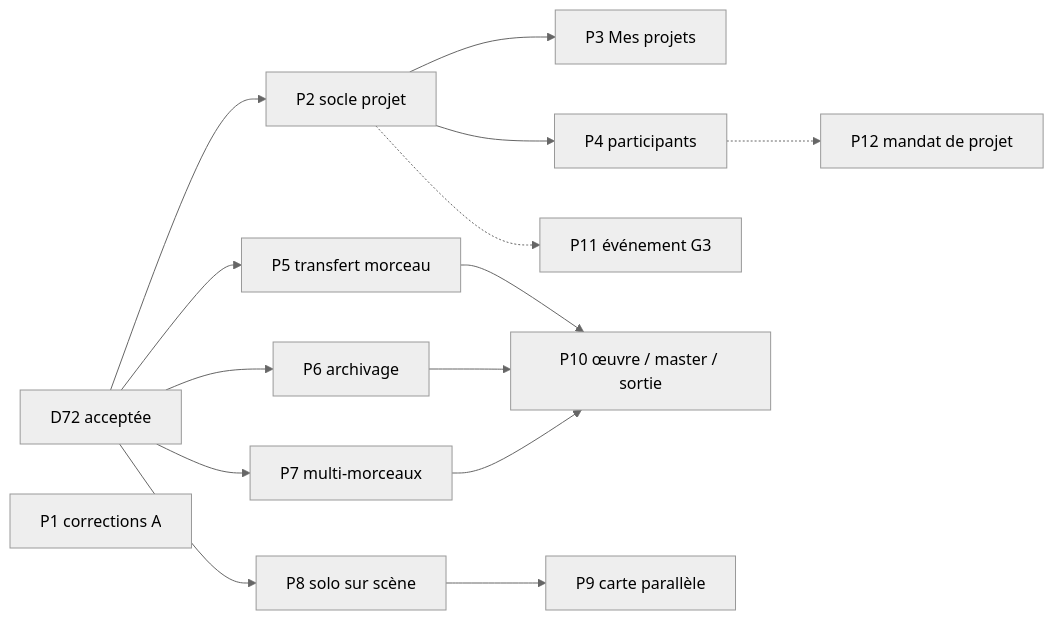
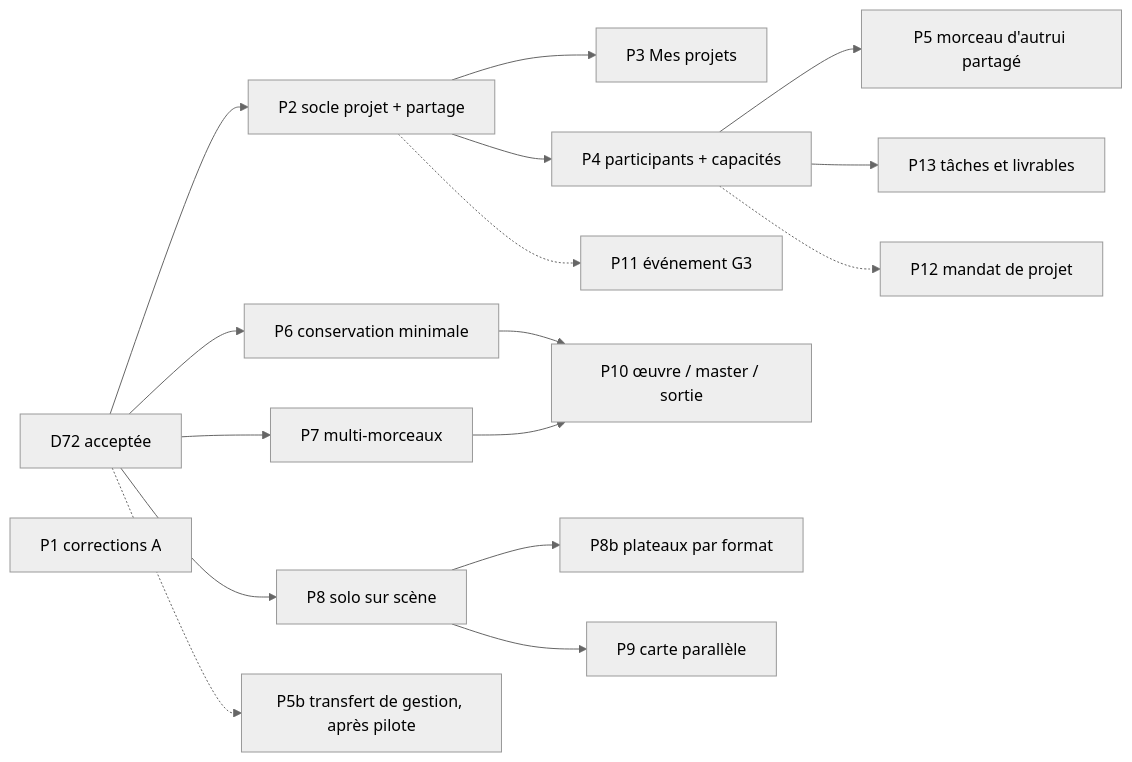
The second of 2 diagrams in docs/conception/19-architecture-cible-collab.md (Pierre-FABIEN/linkmusician), drawn with Mermaid (neutral theme) before and after one commit. The commit also changed other lines of this file and 7 other files, not shown here.

````diff
--- a/docs/conception/19-architecture-cible-collab.md
+++ b/docs/conception/19-architecture-cible-collab.md
@@ -738,17 +1267,19 @@
 ```mermaid
 flowchart LR
-    D72[D72 acceptée] --> P2[P2 socle projet]
+    D72[D72 acceptée] --> P2[P2 socle projet + partage]
     P2 --> P3[P3 Mes projets]
-    P2 --> P4[P4 participants]
-    D72 --> P5[P5 transfert morceau]
-    D72 --> P6[P6 archivage]
+    P2 --> P4[P4 participants + capacités]
+    P4 --> P5[P5 morceau d'autrui partagé]
+    P4 --> P13[P13 tâches et livrables]
+    D72 --> P6[P6 conservation minimale]
     D72 --> P7[P7 multi-morceaux]
     D72 --> P8[P8 solo sur scène]
+    P8 --> P8b[P8b plateaux par format]
     P8 --> P9[P9 carte parallèle]
-    P5 --> P10[P10 œuvre / master / sortie]
-    P6 --> P10
+    P6 --> P10[P10 œuvre / master / sortie]
     P7 --> P10
+    D72 -.-> P5b[P5b transfert de gestion, après pilote]
     P1[P1 corrections A]
     P2 -.-> P11[P11 événement G3]
     P4 -.-> P12[P12 mandat de projet]
 ```
````
